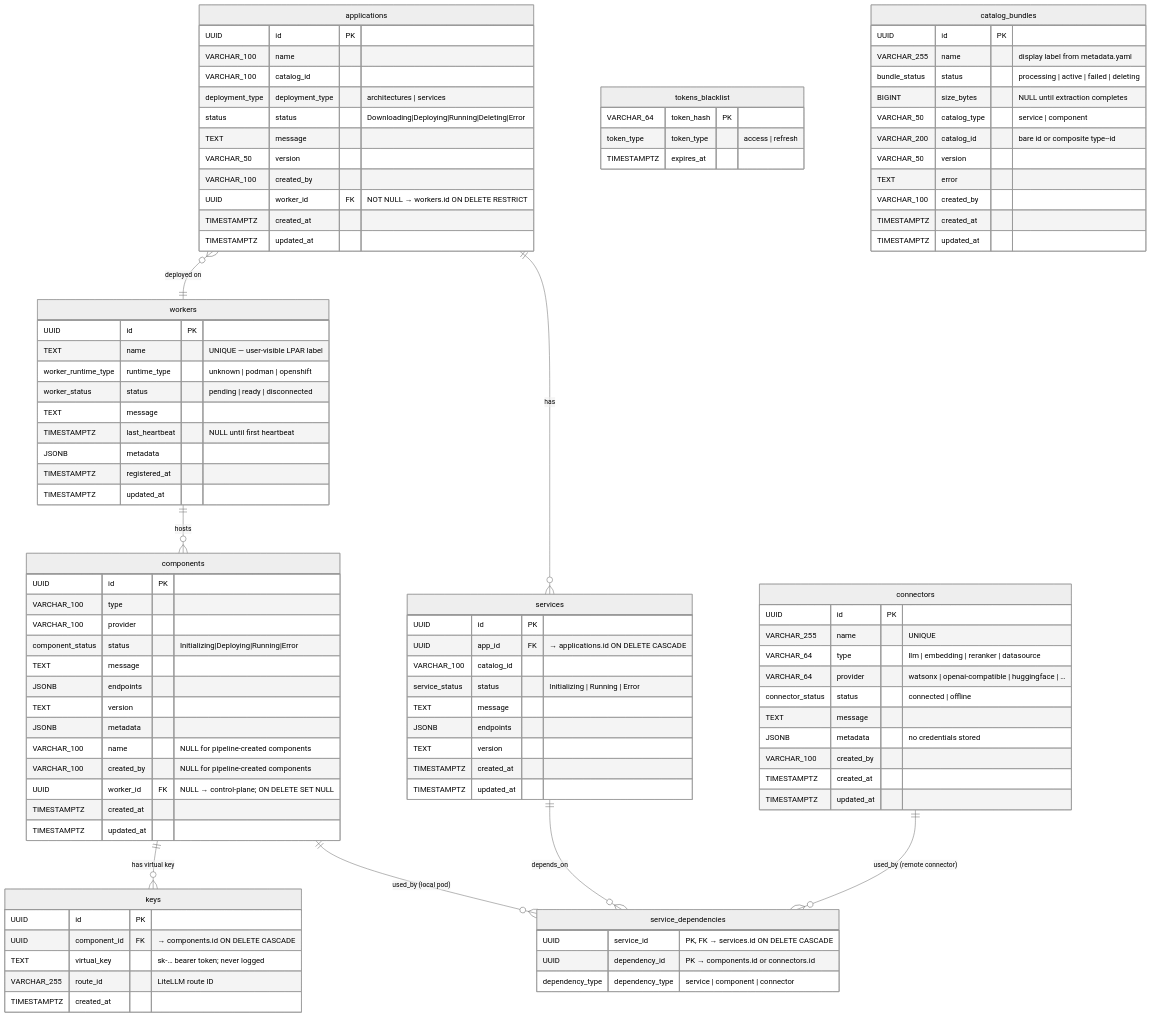
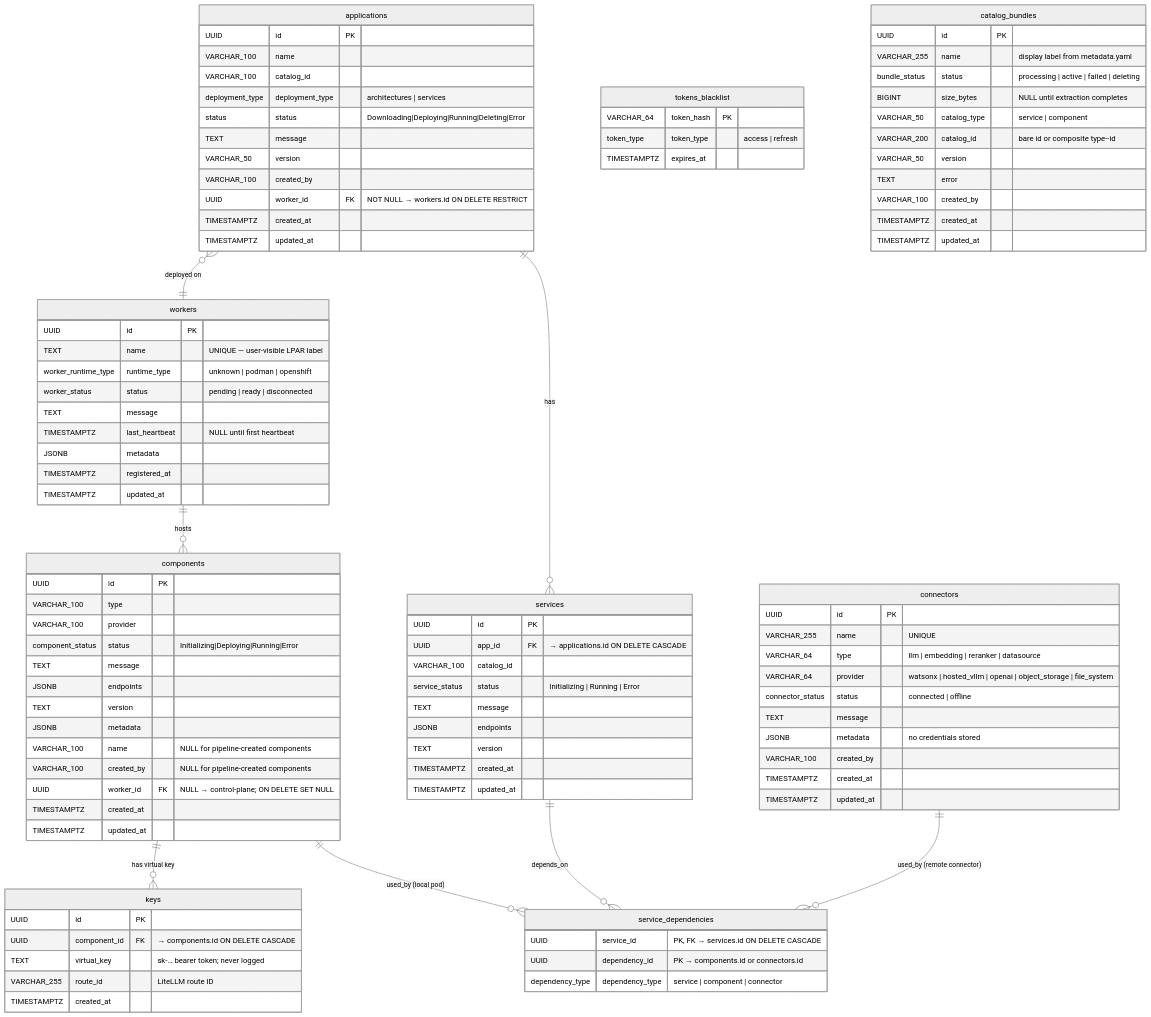
One commit to mayuka-c/project-ai-services changed the diagram in docs/proposals/model-management/model-management-LLD.md. Above: the diagram before and after it, drawn with Mermaid (neutral theme). The commit also changed other lines of this file and 13 other files, not shown here.

```diff
--- a/docs/proposals/model-management/model-management-LLD.md
+++ b/docs/proposals/model-management/model-management-LLD.md
@@ -658,7 +696,7 @@
         UUID             id              PK
         VARCHAR_255      name               "UNIQUE"
         VARCHAR_64       type               "llm | embedding | reranker | datasource"
-        VARCHAR_64       provider           "watsonx | openai-compatible | huggingface | …"
+        VARCHAR_64       provider           "watsonx | hosted_vllm | openai | object_storage | file_system"
         connector_status status             "connected | offline"
         TEXT             message
         JSONB            metadata           "no credentials stored"
```
